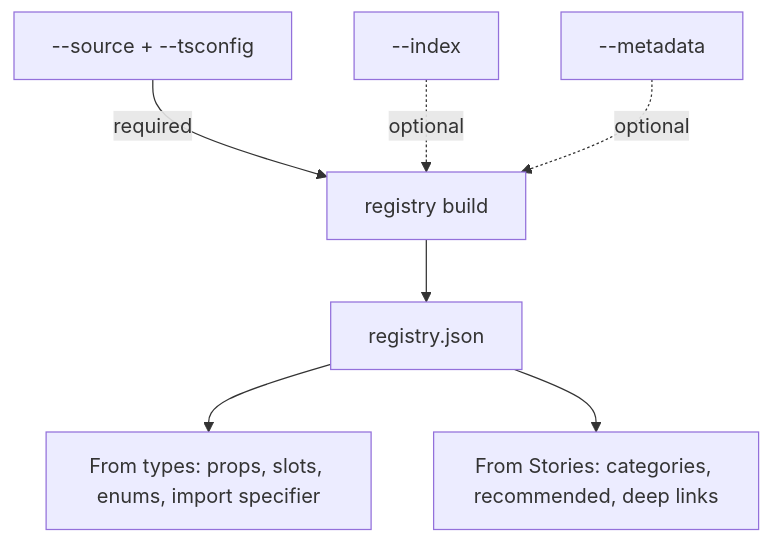
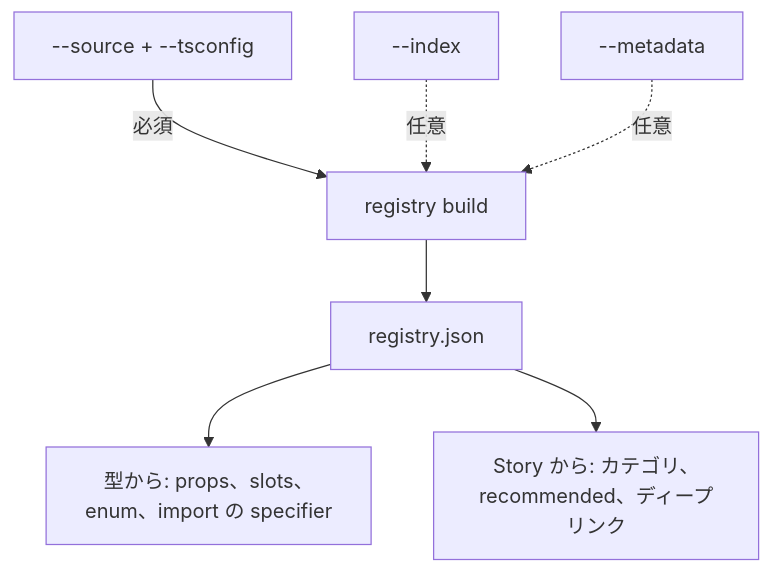
One commit to yosegi-dev/yosegi changed the diagram in docs/ja/registry.md. Above: the diagram before and after it, drawn with Mermaid. The commit also changed 6 other files, not shown here.

First line of the commit message:
docs: translate the diagram labels on the Japanese pages

````diff
--- a/docs/ja/registry.md
+++ b/docs/ja/registry.md
@@ -34,9 +34,9 @@
 ```mermaid
 flowchart TD
-  src["--source + --tsconfig"] -->|"required"| build["registry build"]
-  idx["--index"] -.->|"optional"| build
-  meta["--metadata"] -.->|"optional"| build
+  src["--source + --tsconfig"] -->|"必須"| build["registry build"]
+  idx["--index"] -.->|"任意"| build
+  meta["--metadata"] -.->|"任意"| build
   build --> reg["registry.json"]
-  reg --> a["From types: props, slots, enums, import specifier"]
-  reg --> b["From Stories: categories, recommended, deep links"]
+  reg --> a["型から: props、slots、enum、import の specifier"]
+  reg --> b["Story から: カテゴリ、recommended、ディープリンク"]
 ```
````
